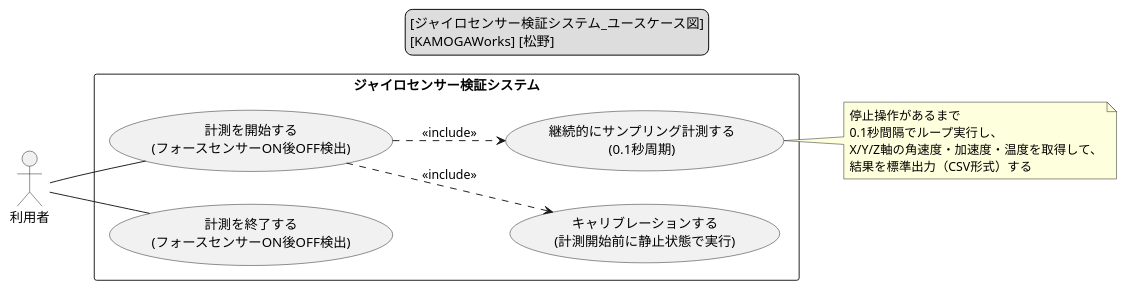
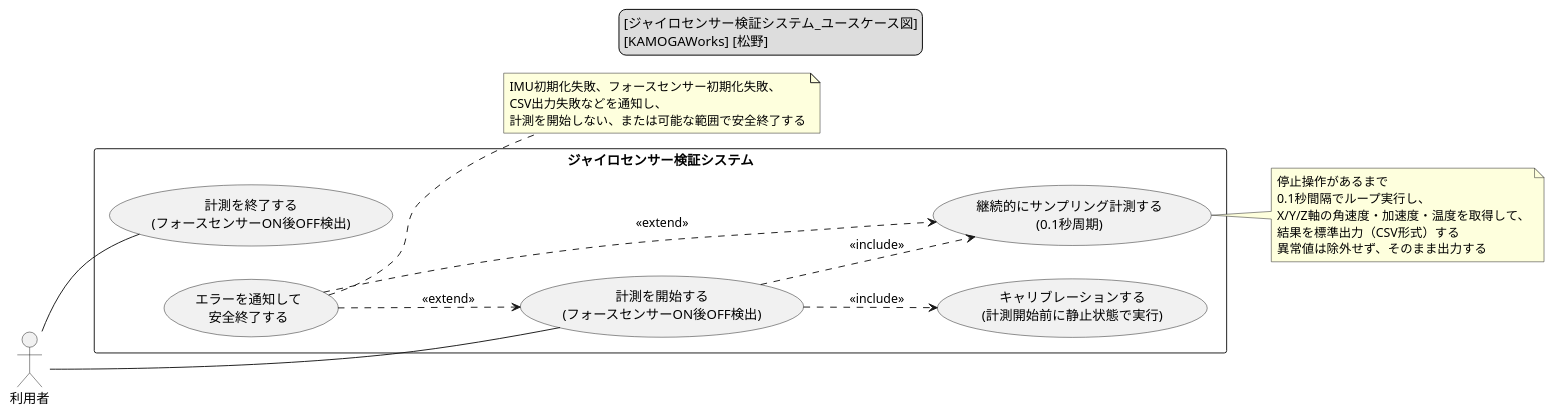
Before and after one commit to Matsuno0412/Gyro-sensor-System: the diagram in UML/ジャイロセンサー検証システム_ユースケース図.puml, drawn with PlantUML. The commit also changed 4 other files, not shown here.

```diff
--- a/UML/ジャイロセンサー検証システム_ユースケース図.puml
+++ b/UML/ジャイロセンサー検証システム_ユースケース図.puml
@@ -1,35 +1,47 @@
 @startuml ジャイロセンサー検証システム_ユースケース図
 
 legend top
 [ジャイロセンサー検証システム_ユースケース図]
 [KAMOGAWorks] [松野]
 endlegend
 
 left to right direction
 skinparam shadowing false
 
 actor "利用者" as User
 
 rectangle "ジャイロセンサー検証システム" {
   usecase "計測を開始する\n(フォースセンサーON後OFF検出)" as UC_start
   usecase "キャリブレーションする\n(計測開始前に静止状態で実行)" as UC_calibrate
   usecase "継続的にサンプリング計測する\n(0.1秒周期)" as UC_measure
   usecase "計測を終了する\n(フォースセンサーON後OFF検出)" as UC_stop
+  usecase "エラーを通知して\n安全終了する" as UC_error
 }
 
 ' 利用者の操作とシステムの主目的
 User -- UC_start
 User -- UC_stop
 
 ' 内部の主要なつながり
 UC_start ..> UC_calibrate : <<include>>
 UC_start ..> UC_measure : <<include>>
 
+' 異常系の拡張動作
+UC_error ..> UC_start : <<extend>>
+UC_error ..> UC_measure : <<extend>>
+
 note right of UC_measure
   停止操作があるまで
   0.1秒間隔でループ実行し、
   X/Y/Z軸の角速度・加速度・温度を取得して、
   結果を標準出力（CSV形式）する
+  異常値は除外せず、そのまま出力する
+end note
+
+note right of UC_error
+  IMU初期化失敗、フォースセンサー初期化失敗、
+  CSV出力失敗などを通知し、
+  計測を開始しない、または可能な範囲で安全終了する
 end note
 
 @enduml
```
